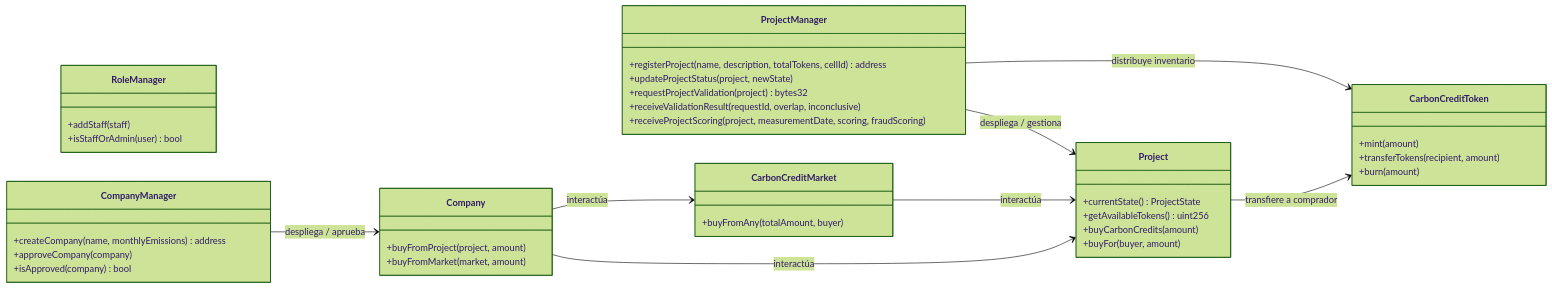
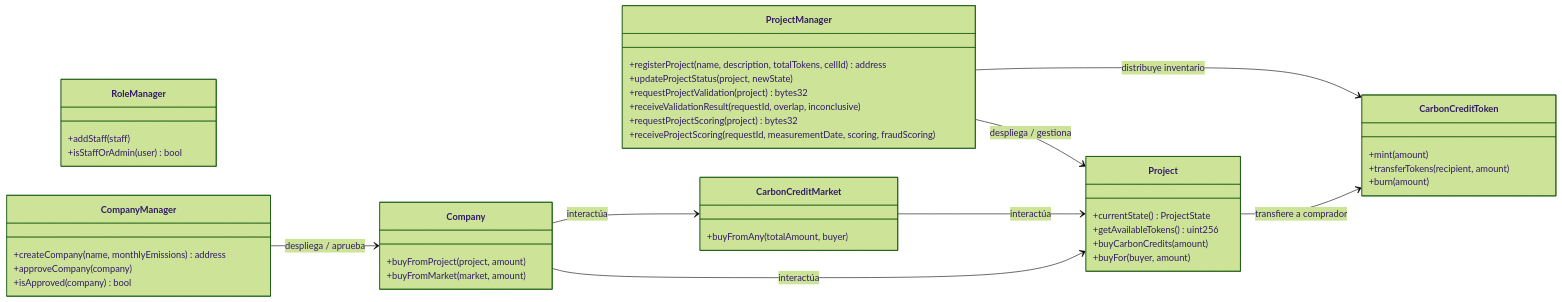
The sixth of 9 diagrams in docs/contracts/architecture-uml.md (TesinaNotCarbon/NotCarbon), drawn with Mermaid (forest theme) before and after one commit. The commit also changed other lines of this file and 40 other files, not shown here.

````diff
--- a/docs/contracts/architecture-uml.md
+++ b/docs/contracts/architecture-uml.md
@@ -327,56 +341,57 @@
 ```mermaid
 classDiagram
     direction LR
 
     class RoleManager {
         +addStaff(staff)
         +isStaffOrAdmin(user) bool
     }
 
     class CarbonCreditToken {
         +mint(amount)
         +transferTokens(recipient, amount)
         +burn(amount)
     }
 
     class CompanyManager {
         +createCompany(name, monthlyEmissions) address
         +approveCompany(company)
         +isApproved(company) bool
     }
 
     class Company {
         +buyFromProject(project, amount)
         +buyFromMarket(market, amount)
     }
 
     class ProjectManager {
         +registerProject(name, description, totalTokens, cellId) address
         +updateProjectStatus(project, newState)
         +requestProjectValidation(project) bytes32
         +receiveValidationResult(requestId, overlap, inconclusive)
-        +receiveProjectScoring(project, measurementDate, scoring, fraudScoring)
+        +requestProjectScoring(project) bytes32
+        +receiveProjectScoring(requestId, measurementDate, scoring, fraudScoring)
     }
 
     class Project {
         +currentState() ProjectState
         +getAvailableTokens() uint256
         +buyCarbonCredits(amount)
         +buyFor(buyer, amount)
     }
 
     class CarbonCreditMarket {
         +buyFromAny(totalAmount, buyer)
     }
 
     %% Relaciones Principales
     ProjectManager --> Project : despliega / gestiona
     CompanyManager --> Company : despliega / aprueba
     
     CarbonCreditMarket --> Project : interactúa
     Company --> CarbonCreditMarket : interactúa
     Company --> Project : interactúa
 
     ProjectManager --> CarbonCreditToken : distribuye inventario
     Project --> CarbonCreditToken : transfiere a comprador
 ```
````
